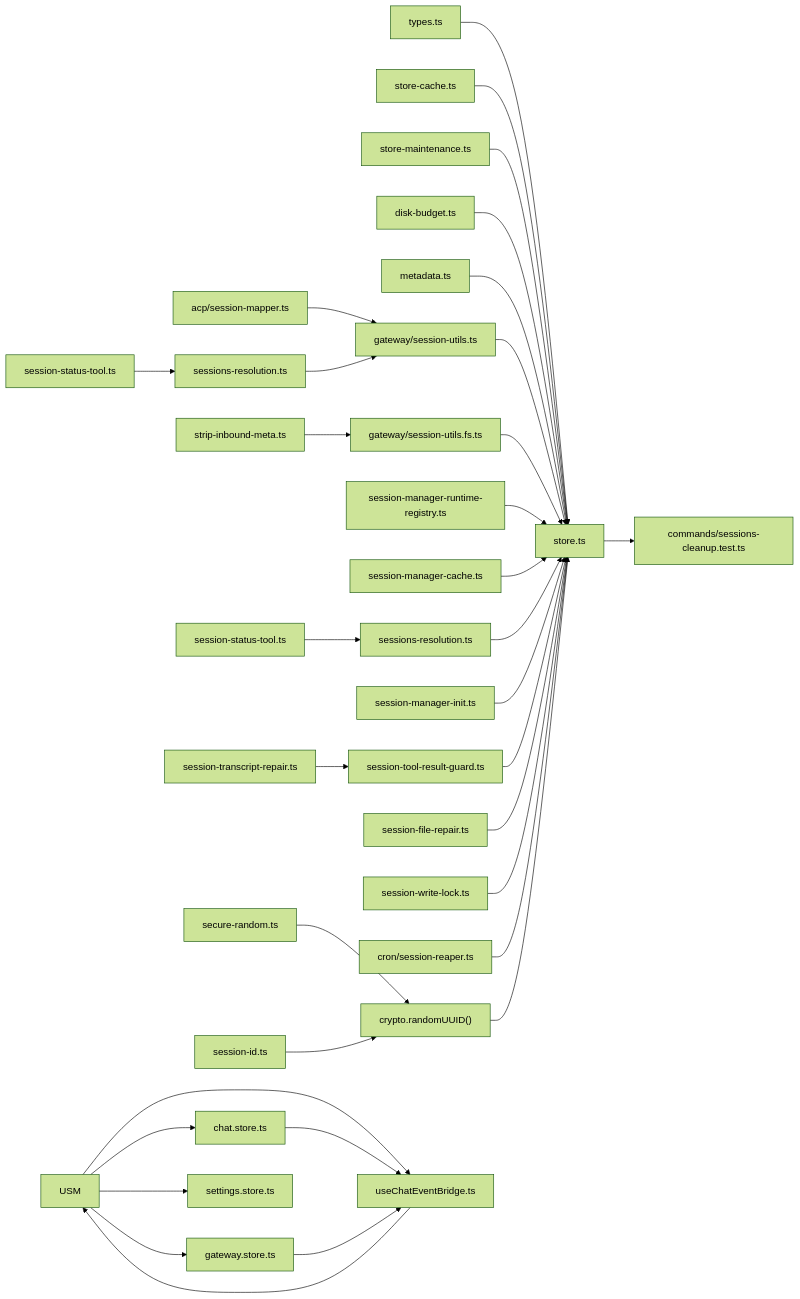
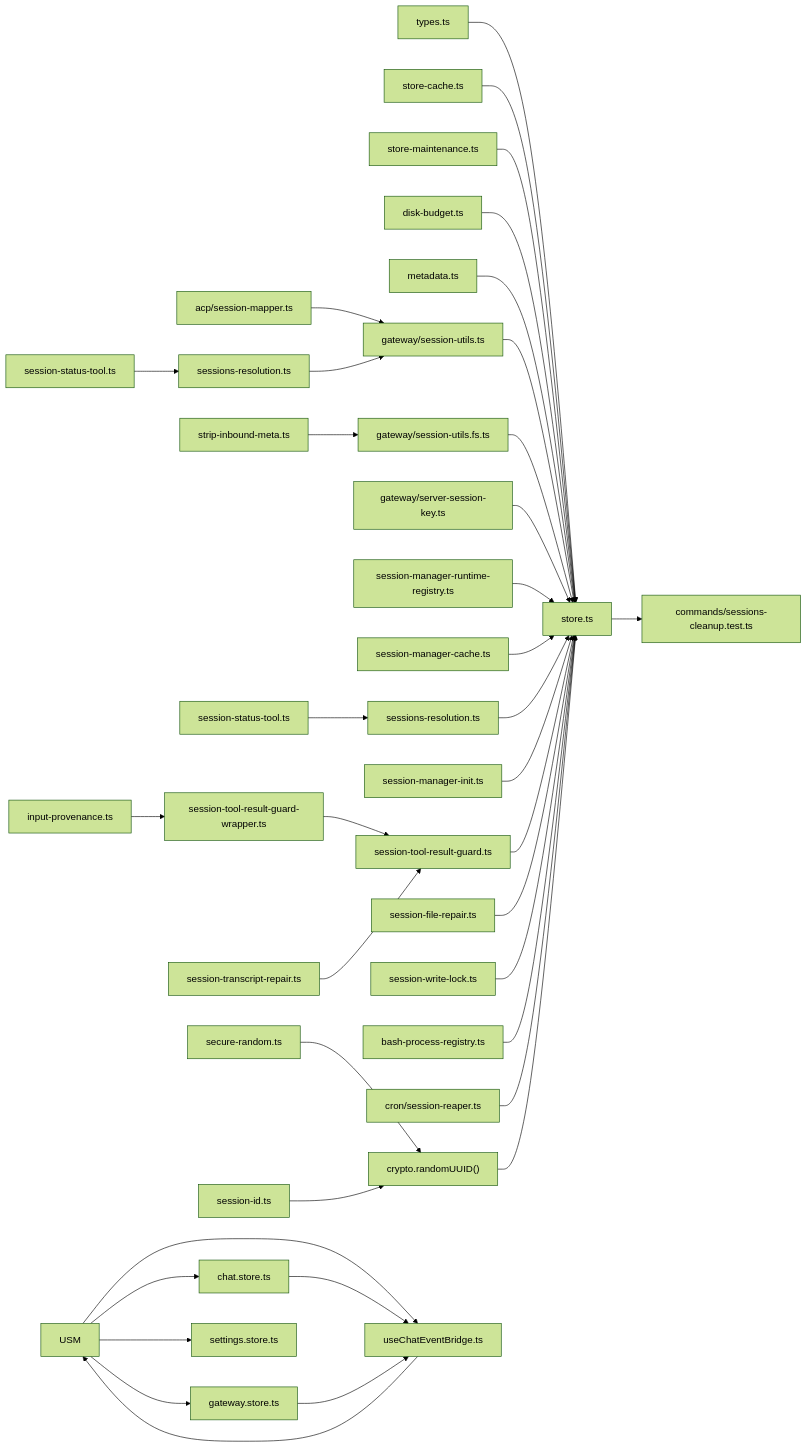
Diagram 19 of 19 in .qoder/repowiki/zh/content/核心概念/会话管理.md (verse-ai-org/openclaw), drawn with Mermaid (forest theme) before and after one commit. The commit also changed other lines of this file and 95 other files, not shown here.

````diff
--- a/.qoder/repowiki/zh/content/核心概念/会话管理.md
+++ b/.qoder/repowiki/zh/content/核心概念/会话管理.md
@@ -929,35 +1050,39 @@
 ```mermaid
 graph LR
 Types["types.ts"] --> Store["store.ts"]
 StoreCache["store-cache.ts"] --> Store
 Maint["store-maintenance.ts"] --> Store
 Disk["disk-budget.ts"] --> Store
 Meta["metadata.ts"] --> Store
 Utils["gateway/session-utils.ts"] --> Store
 GFS["gateway/session-utils.fs.ts"] --> Store
+GSK["gateway/server-session-key.ts"] --> Store
 SIM["strip-inbound-meta.ts"] --> GFS
 R1["session-manager-runtime-registry.ts"] --> Store
 RC["session-manager-cache.ts"] --> Store
 SR["sessions-resolution.ts"] --> Store
 SST["session-status-tool.ts"] --> SR
 SMI["session-manager-init.ts"] --> Store
 SG["session-tool-result-guard.ts"] --> Store
+SGW["session-tool-result-guard-wrapper.ts"] --> SG
+IPS["input-provenance.ts"] --> SGW
 STR["session-transcript-repair.ts"] --> SG
 SFR["session-file-repair.ts"] --> Store
 SWL["session-write-lock.ts"] --> Store
+BPR["bash-process-registry.ts"] --> Store
 Cron["cron/session-reaper.ts"] --> Store
 Crypto["crypto.randomUUID()"] --> Store
 SecureRand["secure-random.ts"] --> Crypto
 SessionId["session-id.ts"] --> Crypto
 ACPM["acp/session-mapper.ts"] --> Utils
 SessRes["sessions-resolution.ts"] --> Utils
 SessTool["session-status-tool.ts"] --> SessRes
 Store --> Tests["commands/sessions-cleanup.test.ts"]
 USM --> ChatStore["chat.store.ts"]
 USM --> GatewayStore["gateway.store.ts"]
 USM --> SettingsStore["settings.store.ts"]
 USM --> ChatEventBridge["useChatEventBridge.ts"]
 ChatStore --> ChatEventBridge
 GatewayStore --> ChatEventBridge
 ChatEventBridge --> USM
 ```
````
